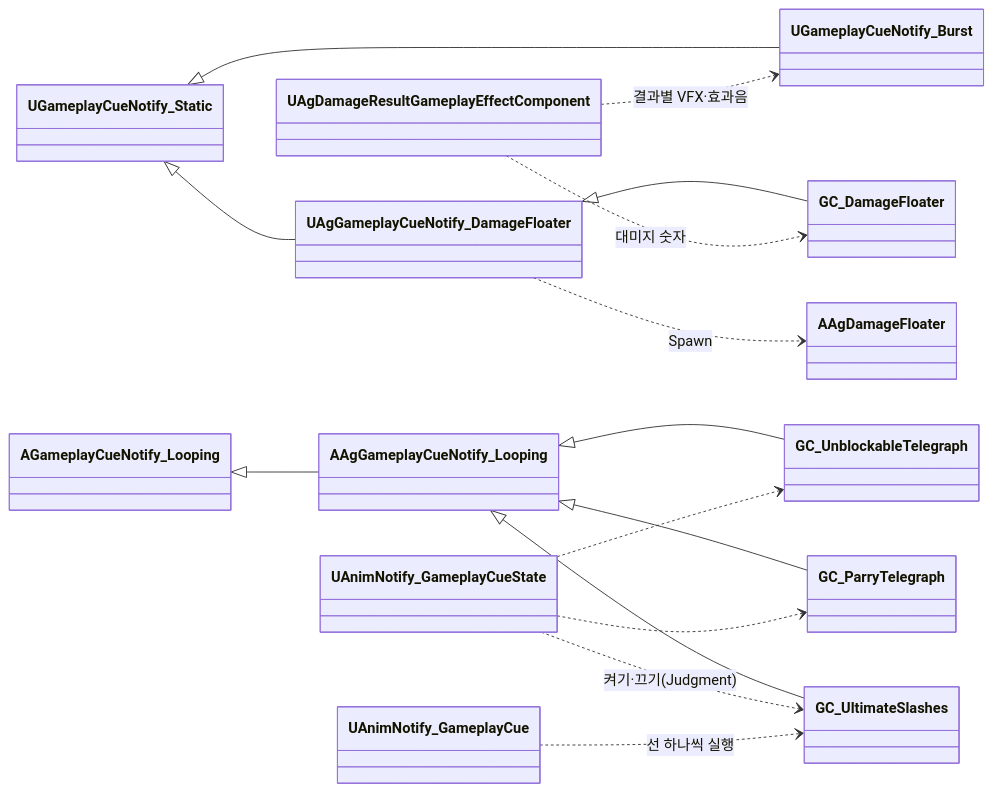
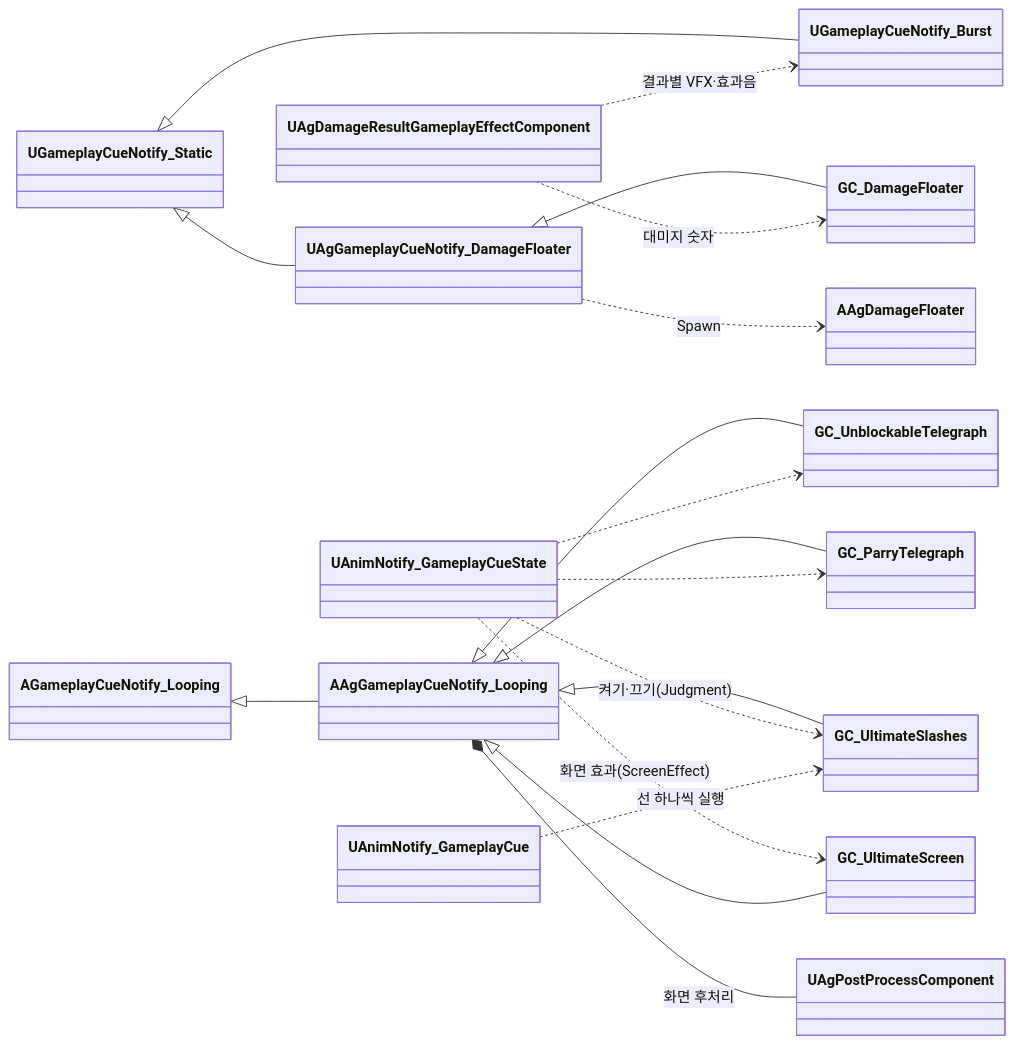
Before and after one commit to Woogl/Ag: the second of 2 diagrams in Docs/Program/전투 규칙.md, drawn with Mermaid. The commit also changed other lines of this file and 34 other files, not shown here.

````diff
--- a/Docs/Program/전투 규칙.md
+++ b/Docs/Program/전투 규칙.md
@@ -61,18 +59,21 @@
 ```mermaid
 classDiagram
     direction LR
     UGameplayCueNotify_Static <|-- UGameplayCueNotify_Burst
     UGameplayCueNotify_Static <|-- UAgGameplayCueNotify_DamageFloater
     UAgGameplayCueNotify_DamageFloater <|-- GC_DamageFloater
     AGameplayCueNotify_Looping <|-- AAgGameplayCueNotify_Looping
     AAgGameplayCueNotify_Looping <|-- GC_UnblockableTelegraph
     AAgGameplayCueNotify_Looping <|-- GC_ParryTelegraph
     AAgGameplayCueNotify_Looping <|-- GC_UltimateSlashes
     UAgDamageResultGameplayEffectComponent ..> UGameplayCueNotify_Burst : 결과별 VFX·효과음
     UAgDamageResultGameplayEffectComponent ..> GC_DamageFloater : 대미지 숫자
     UAgGameplayCueNotify_DamageFloater ..> AAgDamageFloater : Spawn
     UAnimNotify_GameplayCueState ..> GC_UnblockableTelegraph
     UAnimNotify_GameplayCueState ..> GC_ParryTelegraph
+    UAnimNotify_GameplayCueState ..> GC_UltimateScreen : 화면 효과(ScreenEffect)
+    AAgGameplayCueNotify_Looping <|-- GC_UltimateScreen
+    AAgGameplayCueNotify_Looping *-- UAgPostProcessComponent : 화면 후처리
     UAnimNotify_GameplayCueState ..> GC_UltimateSlashes : 켜기·끄기(Judgment)
     UAnimNotify_GameplayCue ..> GC_UltimateSlashes : 선 하나씩 실행
 ```
````
